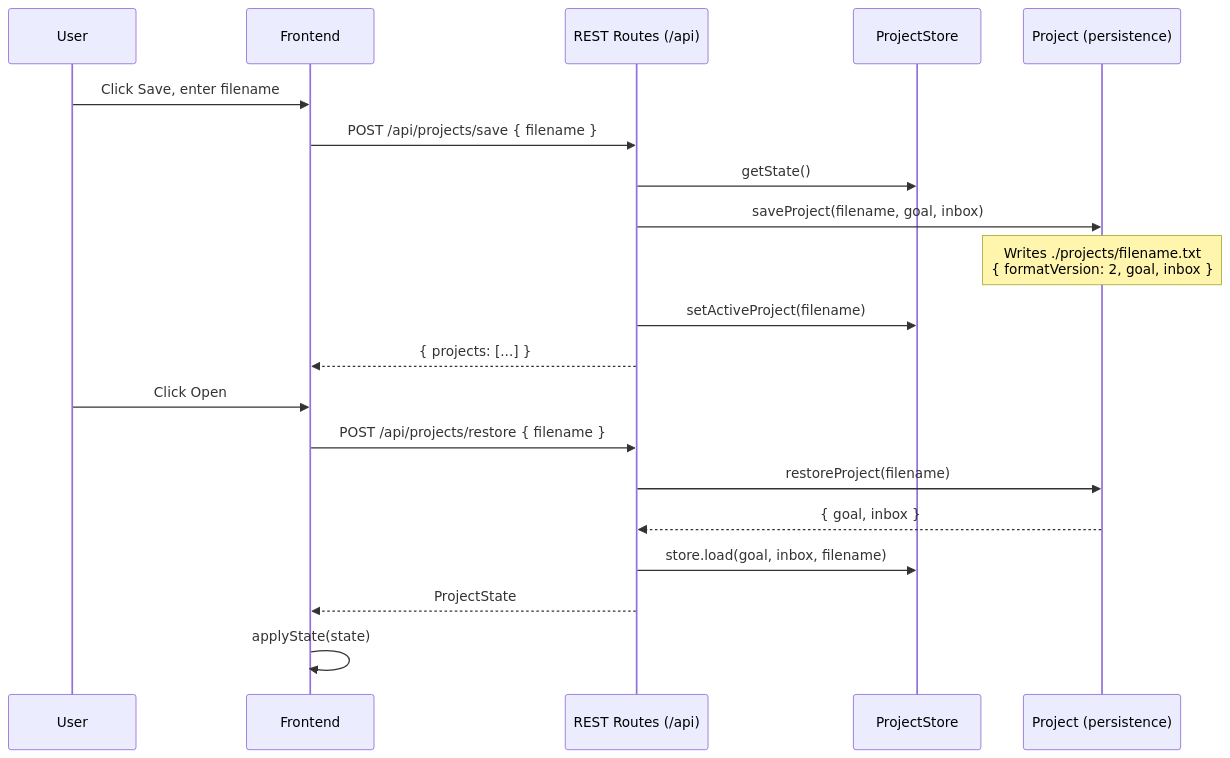
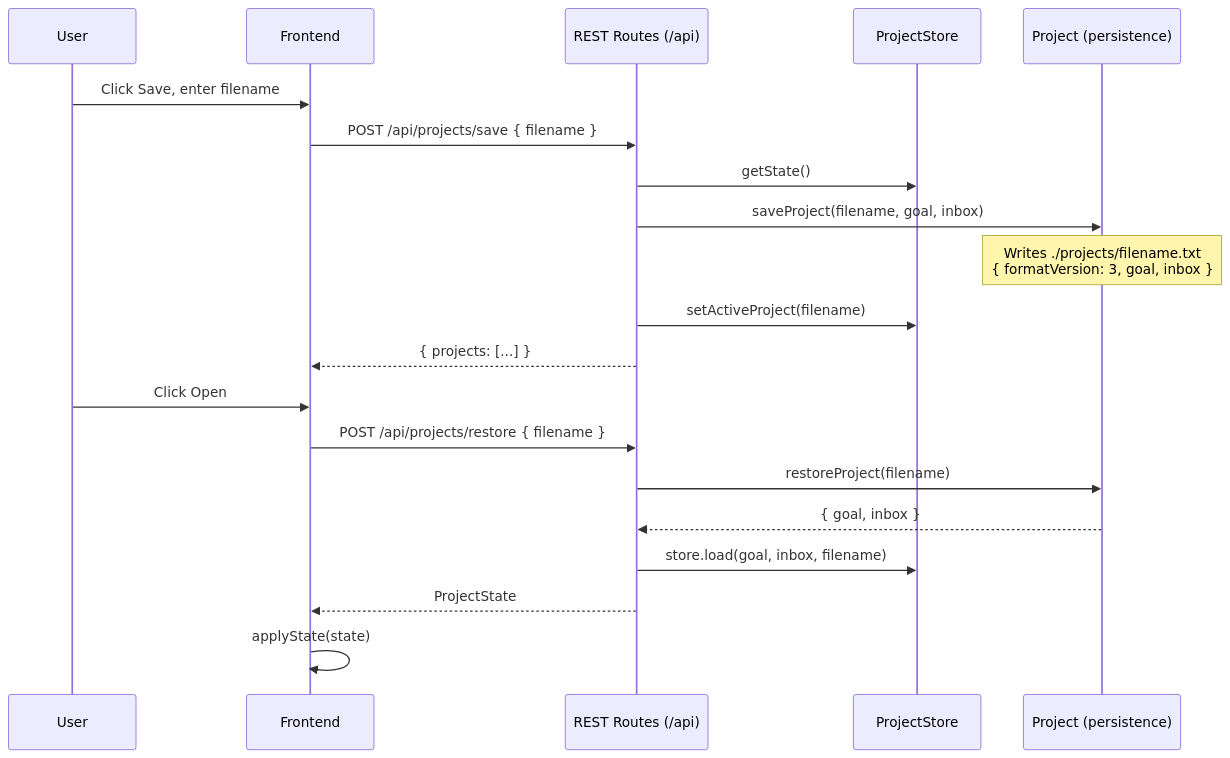
One commit to tantinlala/blossom-mcp changed the third of 4 diagrams in docs/architecture/sequences.md. Above: the diagram before and after it, drawn with Mermaid. The commit also changed 26 other files, not shown here.

````diff
--- a/docs/architecture/sequences.md
+++ b/docs/architecture/sequences.md
@@ -52,24 +52,24 @@
 ```mermaid
 sequenceDiagram
     participant U as User
     participant F as Frontend
     participant R as REST Routes (/api)
     participant S as ProjectStore
     participant P as Project (persistence)
 
     U->>F: Click Save, enter filename
     F->>R: POST /api/projects/save { filename }
     R->>S: getState()
     R->>P: saveProject(filename, goal, inbox)
-    Note over P: Writes ./projects/filename.txt<br/>{ formatVersion: 2, goal, inbox }
+    Note over P: Writes ./projects/filename.txt<br/>{ formatVersion: 3, goal, inbox }
     R->>S: setActiveProject(filename)
     R-->>F: { projects: [...] }
 
     U->>F: Click Open
     F->>R: POST /api/projects/restore { filename }
     R->>P: restoreProject(filename)
     P-->>R: { goal, inbox }
     R->>S: store.load(goal, inbox, filename)
     R-->>F: ProjectState
     F->>F: applyState(state)
 ```
````
